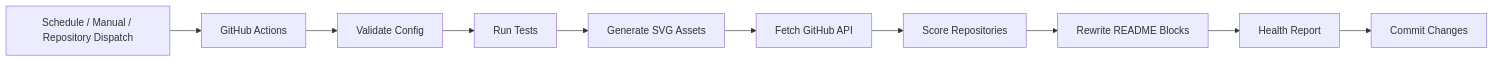
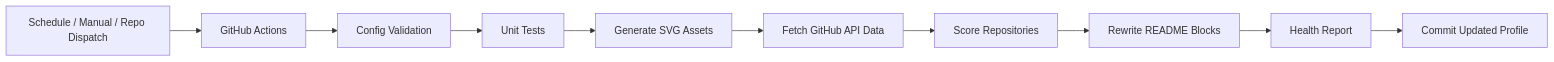
Before and after one commit to Sachith-02/Sachith-02: the diagram in README.md, drawn with Mermaid. The commit also changed other lines of this file and 7 other files, not shown here.

````diff
--- a/README.md
+++ b/README.md
@@ -295,12 +415,12 @@
 ```mermaid
 flowchart LR
-    A[Schedule / Manual / Repository Dispatch] --> B[GitHub Actions]
-    B --> C[Validate Config]
-    C --> D[Run Tests]
+    A[Schedule / Manual / Repo Dispatch] --> B[GitHub Actions]
+    B --> C[Config Validation]
+    C --> D[Unit Tests]
     D --> E[Generate SVG Assets]
-    E --> F[Fetch GitHub API]
+    E --> F[Fetch GitHub API Data]
     F --> G[Score Repositories]
     G --> H[Rewrite README Blocks]
     H --> I[Health Report]
-    I --> J[Commit Changes]
+    I --> J[Commit Updated Profile]
 ```
````
